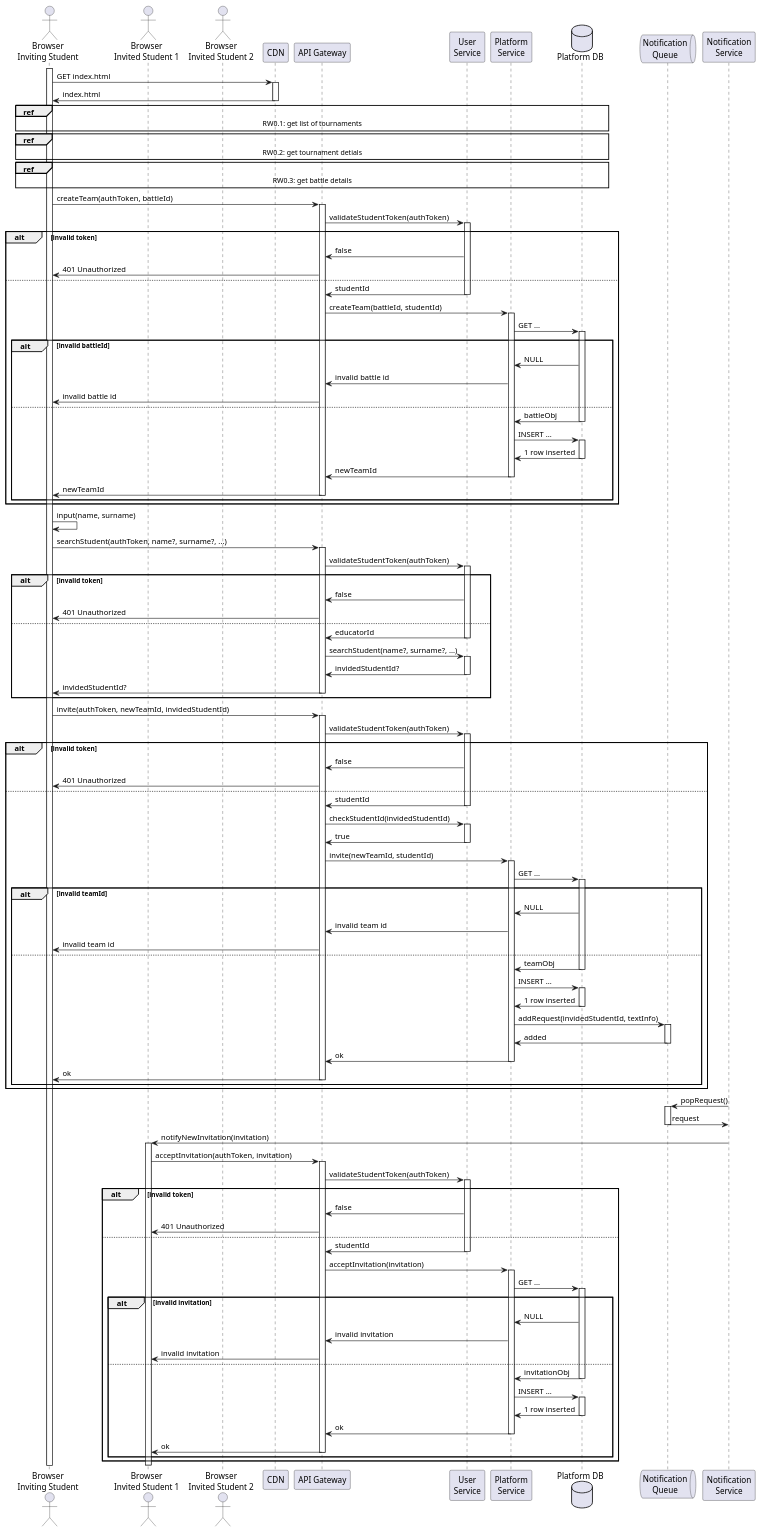
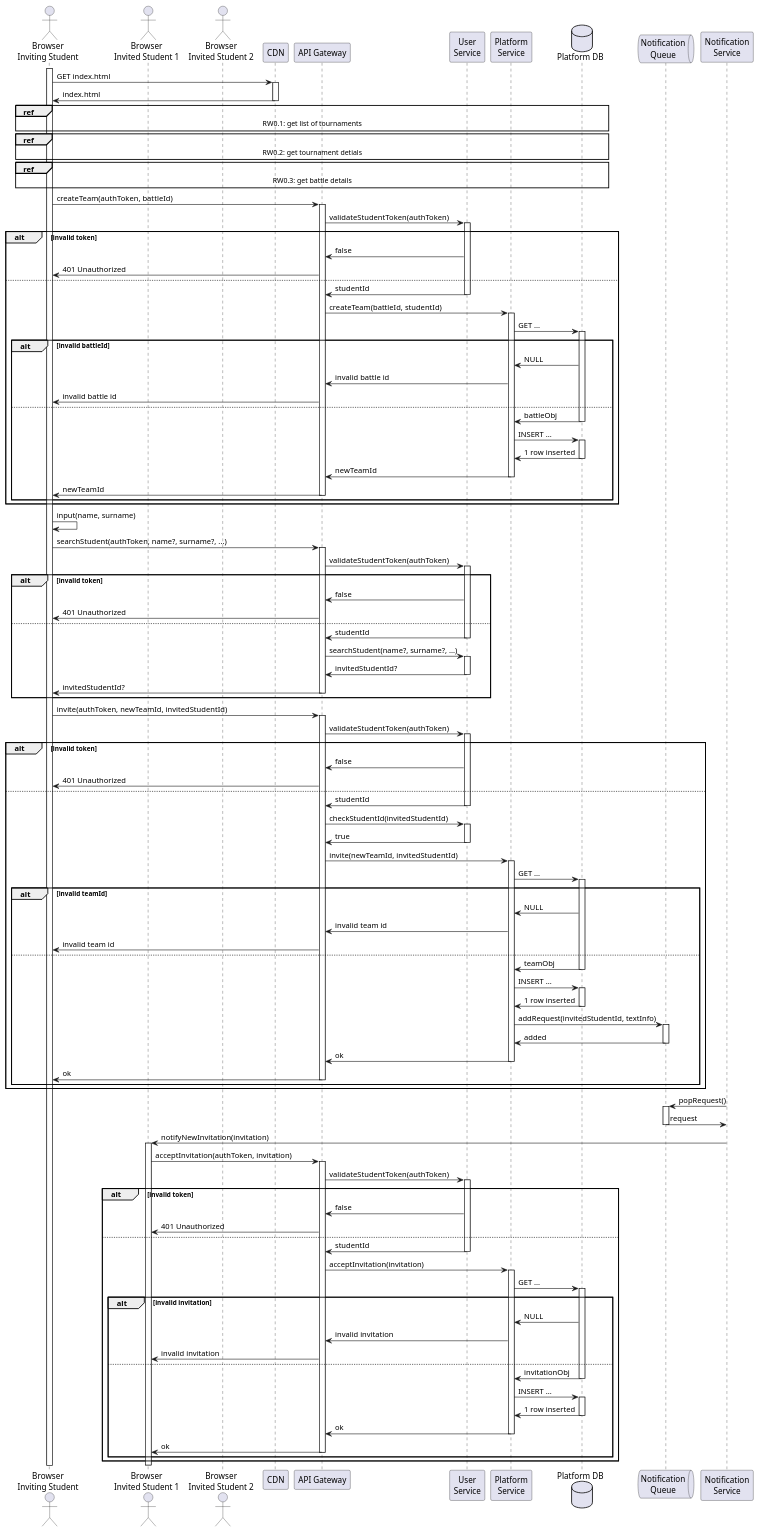
The diagram in dd/puml/rw5-part1.puml (Furrrlo/CodeKataBattle), drawn with PlantUML before and after one commit. The commit also changed 1 other file, not shown here.

```diff
--- a/dd/puml/rw5-part1.puml
+++ b/dd/puml/rw5-part1.puml
@@ -1,118 +1,118 @@
 @startuml RW4 - Students create a team for a tournament battle
 
 actor "Browser\nInviting Student" as Browser
 actor "Browser\nInvited Student 1" as Browser1
 actor "Browser\nInvited Student 2" as Browser2
 participant CDN
 participant "API Gateway" as gateway
 participant "User\nService" as auth
 
 participant "Platform\nService" as platform
 database "Platform DB" as platformDb
 
 queue  "Notification\nQueue" as notificationQueue
 participant "Notification\nService" as notification
 
 
 activate Browser
 Browser -> CDN ++ : GET index.html
 Browser <- CDN -- : index.html
 
 ref over Browser, gateway, auth, platform, platformDb: RW0.1: get list of tournaments
 ref over Browser, gateway, auth, platform, platformDb: RW0.2: get tournament detials
 ref over Browser, gateway, auth, platform, platformDb: RW0.3: get battle details
 
 Browser -> gateway ++ : createTeam(authToken, battleId)
 gateway -> auth ++ : validateStudentToken(authToken)
 alt invalid token
     gateway <- auth : false
     Browser <- gateway : 401 Unauthorized
 else
     gateway <- auth -- : studentId
     gateway -> platform ++ : createTeam(battleId, studentId)
     platform -> platformDb ++ : GET ...
 
     alt invalid battleId
         platform <- platformDb : NULL
         gateway <- platform : invalid battle id
         Browser <- gateway : invalid battle id
     else
         platform <- platformDb -- : battleObj
         platform -> platformDb ++ : INSERT ...
         platform <- platformDb -- : 1 row inserted
         gateway <- platform -- : newTeamId
         Browser <- gateway -- : newTeamId
     end
 end
 
 'INVITE STUDENT 1
 Browser -> Browser : input(name, surname)
 
 Browser -> gateway ++ : searchStudent(authToken, name?, surname?, ...)
 gateway -> auth ++ : validateStudentToken(authToken)
 alt invalid token
     gateway <- auth : false
     Browser <- gateway : 401 Unauthorized
 else
-    gateway <- auth -- : educatorId
+    gateway <- auth -- : studentId
     gateway -> auth ++ : searchStudent(name?, surname?, ...)
-    gateway <- auth -- : invidedStudentId?
-    Browser <- gateway -- : invidedStudentId?
+    gateway <- auth -- : invitedStudentId?
+    Browser <- gateway -- : invitedStudentId?
 end
 
-Browser -> gateway ++ : invite(authToken, newTeamId, invidedStudentId)
+Browser -> gateway ++ : invite(authToken, newTeamId, invitedStudentId)
 gateway -> auth ++ : validateStudentToken(authToken)
 alt invalid token
     gateway <- auth : false
     Browser <- gateway : 401 Unauthorized
 else
     gateway <- auth -- : studentId
-    gateway -> auth ++ : checkStudentId(invidedStudentId)
+    gateway -> auth ++ : checkStudentId(invitedStudentId)
     gateway <- auth -- : true
-    gateway -> platform ++ : invite(newTeamId, studentId)
+    gateway -> platform ++ : invite(newTeamId, invitedStudentId)
     platform -> platformDb ++ : GET ...
 
     alt invalid teamId
         platform <- platformDb : NULL
         gateway <- platform : invalid team id
         Browser <- gateway : invalid team id
     else
         platform <- platformDb -- : teamObj
         platform -> platformDb ++ : INSERT ...
         platform <- platformDb -- : 1 row inserted
-        platform -> notificationQueue ++ : addRequest(invidedStudentId, textInfo)
+        platform -> notificationQueue ++ : addRequest(invitedStudentId, textInfo)
         platform <- notificationQueue -- : added
         gateway <- platform -- : ok
         Browser <- gateway -- : ok
     end
 end
 
 'STUDENT 1 ACCEPTS NOTIFICATION
 notification -> notificationQueue ++ : popRequest()
 notification <- notificationQueue -- : request
 notification -> Browser1 ++ : notifyNewInvitation(invitation)
 Browser1 -> gateway ++ : acceptInvitation(authToken, invitation)
 gateway -> auth ++ : validateStudentToken(authToken)
 alt invalid token
     gateway <- auth : false
     Browser1 <- gateway : 401 Unauthorized
 else
     gateway <- auth -- : studentId
     gateway -> platform ++ : acceptInvitation(invitation)
     platform -> platformDb ++ : GET ...
 
     alt invalid invitation
         platform <- platformDb : NULL
         gateway <- platform : invalid invitation
         Browser1 <- gateway : invalid invitation
     else
         platform <- platformDb -- : invitationObj
         platform -> platformDb ++ : INSERT ...
         platform <- platformDb -- : 1 row inserted
         gateway <- platform -- : ok
         Browser1 <- gateway -- : ok
     end
 end
 deactivate Browser1
 
 @enduml
```
